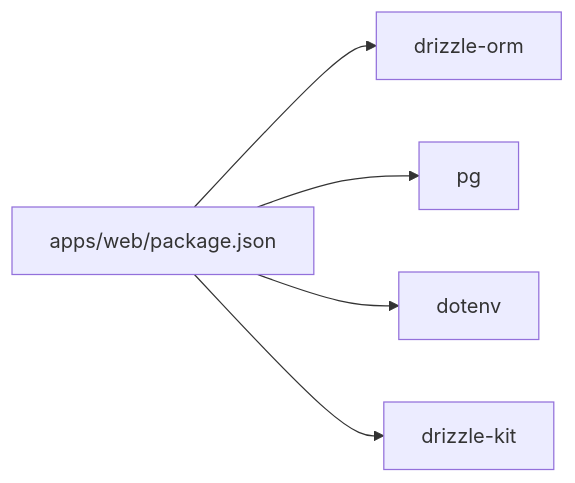
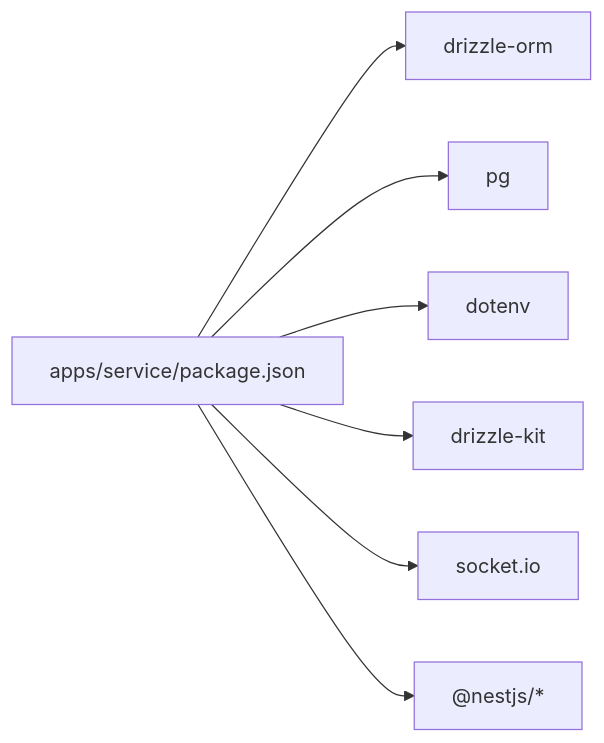
One commit to HAOFUYANG/nextjs-admin changed the sixth of 6 diagrams in .qoder/repowiki/zh/content/数据库集成/数据库集成.md. Above: the diagram before and after it, drawn with Mermaid. The commit also changed other lines of this file and 36 other files, not shown here.

````diff
--- a/.qoder/repowiki/zh/content/数据库集成/数据库集成.md
+++ b/.qoder/repowiki/zh/content/数据库集成/数据库集成.md
@@ -314,12 +478,16 @@
 ```mermaid
 graph LR
-Pkg["apps/web/package.json"]
+Pkg["apps/service/package.json"]
 Dri["drizzle-orm"]
 PgDep["pg"]
 Dot["dotenv"]
 Kit["drizzle-kit"]
+Socket["socket.io"]
+Nest["@nestjs/*"]
 Pkg --> Dri
 Pkg --> PgDep
 Pkg --> Dot
 Pkg --> Kit
+Pkg --> Socket
+Pkg --> Nest
 ```
````
